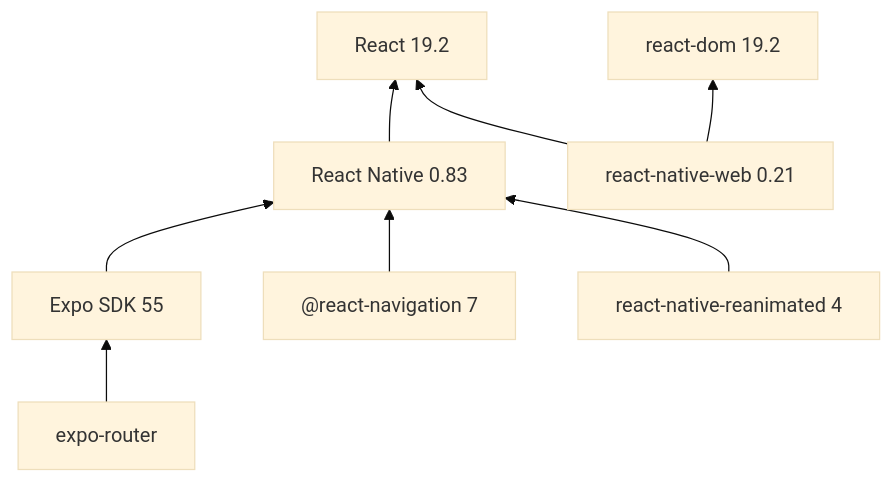
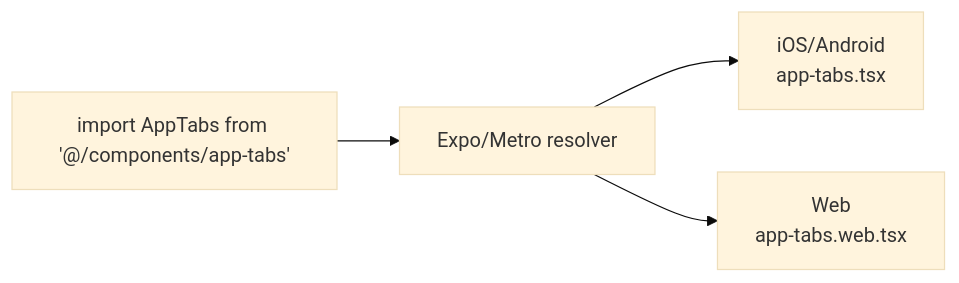
The second of 5 diagrams in docs/architecture.md (izkizk8/spot), drawn with Mermaid (base theme) before and after one commit. The commit also changed other lines of this file and 39 other files, not shown here.

````diff
--- a/docs/architecture.md
+++ b/docs/architecture.md
@@ -378,10 +211,6 @@
 ```mermaid
-graph BT
-    RN["React Native 0.83"] --> React["React 19.2"]
-    Expo["Expo SDK 55"] --> RN
-    ExpoRouter["expo-router"] --> Expo
-    Navigation["@react-navigation 7"] --> RN
-    Reanimated["react-native-reanimated 4"] --> RN
-    Web["react-native-web 0.21"] --> React
-    Web --> ReactDOM["react-dom 19.2"]
+flowchart LR
+    Import["import AppTabs from '@/components/app-tabs'"] --> Resolver["Expo/Metro resolver"]
+    Resolver --> Native["iOS/Android<br/>app-tabs.tsx"]
+    Resolver --> Web["Web<br/>app-tabs.web.tsx"]
 ```
````
